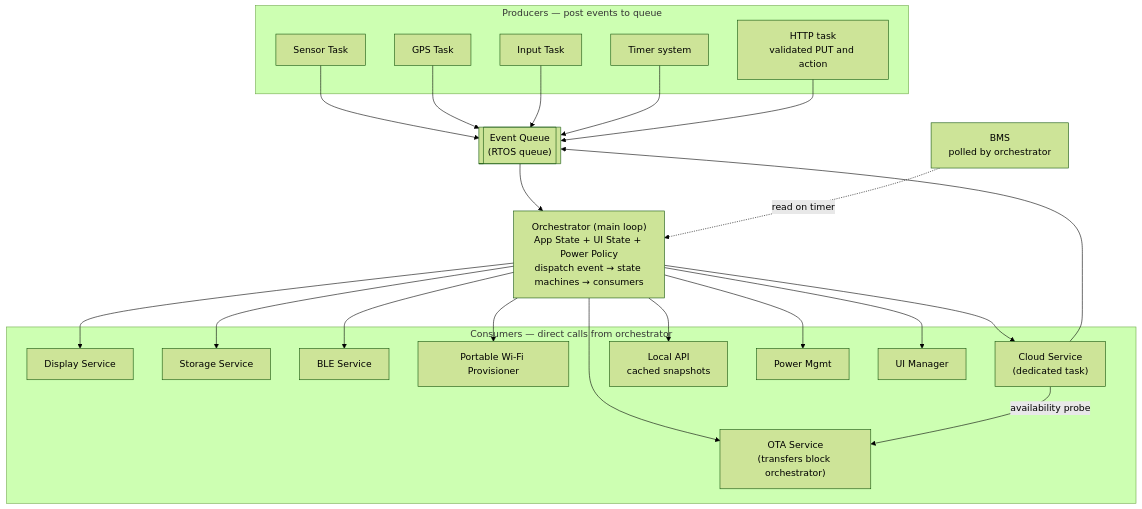
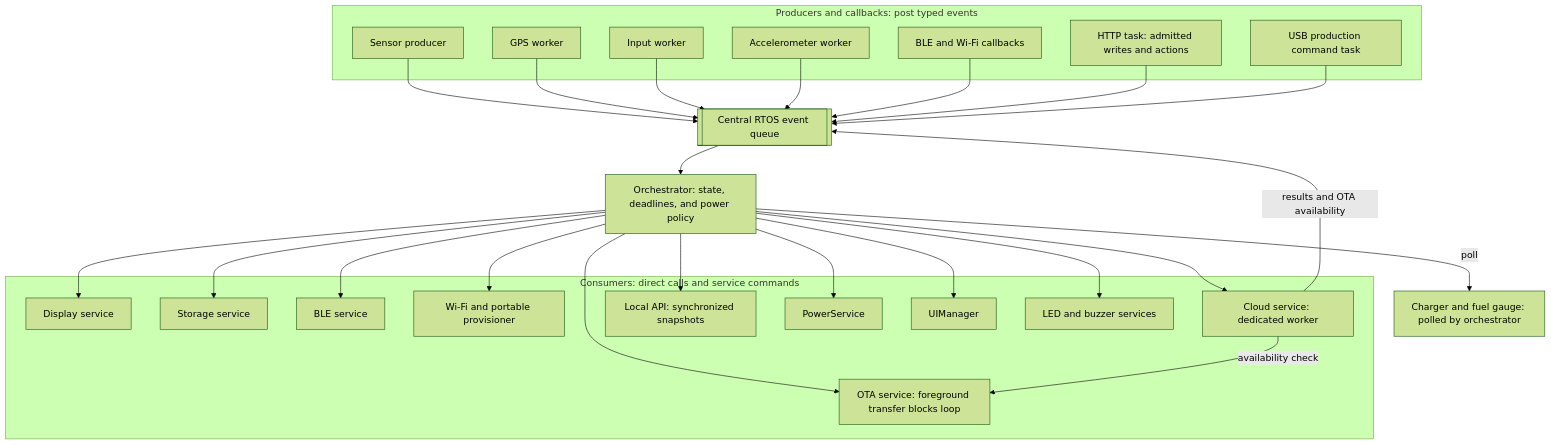
Before and after one commit to Open-Air-Foundation/firmware-core: the fifth of 8 diagrams in products/go/ARCHITECTURE.md, drawn with Mermaid (forest theme). The commit also changed other lines of this file and 15 other files, not shown here.

````diff
--- a/products/go/ARCHITECTURE.md
+++ b/products/go/ARCHITECTURE.md
@@ -103,47 +232,48 @@
 ```mermaid
 flowchart TD
-    subgraph Producers ["Producers — post events to queue"]
-        Sensor["Sensor Task"]
-        GPS["GPS Task"]
-        Input["Input Task"]
-        Timer["Timer system"]
-        LocalHttp["HTTP task<br/>validated PUT and action"]
+    subgraph Producers["Producers and callbacks: post typed events"]
+        Sensor["Sensor producer"]
+        GPS["GPS worker"]
+        Input["Input worker"]
+        Accel["Accelerometer worker"]
+        Radio["BLE and Wi-Fi callbacks"]
+        HTTP["HTTP task: admitted writes and actions"]
+        Serial["USB production command task"]
     end
-
-    Queue[["Event Queue<br/>(RTOS queue)"]]
-
-    Orch["Orchestrator (main loop)<br/>App State + UI State + Power Policy<br/>dispatch event → state machines → consumers"]
-
-    BMS["BMS<br/>polled by orchestrator"]
-
-    subgraph Consumers ["Consumers — direct calls from orchestrator"]
-        Display["Display Service"]
-        Storage["Storage Service"]
-        BLE["BLE Service"]
-        PortableProv["Portable Wi-Fi Provisioner"]
-        Ota["OTA Service<br/>(transfers block orchestrator)"]
-        Cloud["Cloud Service<br/>(dedicated task)"]
-        LocalApi["Local API<br/>cached snapshots"]
-        PowerMgmt["Power Mgmt"]
-        UI["UI Manager"]
+    Queue[["Central RTOS event queue"]]
+    Orch["Orchestrator: state, deadlines, and power policy"]
+    BMS["Charger and fuel gauge: polled by orchestrator"]
+    subgraph Consumers["Consumers: direct calls and service commands"]
+        Display["Display service"]
+        Storage["Storage service"]
+        BLE["BLE service"]
+        Prov["Wi-Fi and portable provisioner"]
+        OTA["OTA service: foreground transfer blocks loop"]
+        Cloud["Cloud service: dedicated worker"]
+        Local["Local API: synchronized snapshots"]
+        Power["PowerService"]
+        UI["UIManager"]
+        Feedback["LED and buzzer services"]
     end
-
     Sensor --> Queue
     GPS --> Queue
     Input --> Queue
-    Timer --> Queue
-    LocalHttp --> Queue
+    Accel --> Queue
+    Radio --> Queue
+    HTTP --> Queue
+    Serial --> Queue
     Queue --> Orch
-    BMS -.->|read on timer| Orch
+    Orch -->|poll| BMS
     Orch --> Display
     Orch --> Storage
     Orch --> BLE
-    Orch --> PortableProv
-    Orch --> Ota
+    Orch --> Prov
+    Orch --> OTA
     Orch --> Cloud
-    Cloud -->|availability probe| Ota
-    Cloud --> Queue
-    Orch --> LocalApi
-    Orch --> PowerMgmt
+    Orch --> Local
+    Orch --> Power
     Orch --> UI
+    Orch --> Feedback
+    Cloud -->|results and OTA availability| Queue
+    Cloud -->|availability check| OTA
 ```
````
